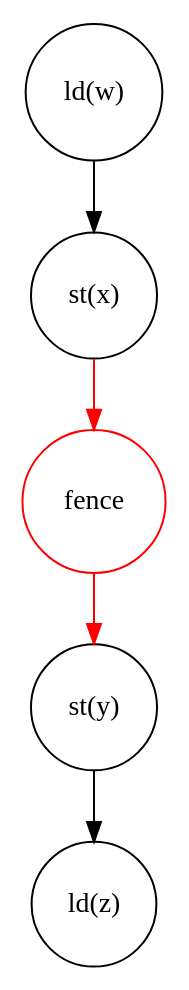
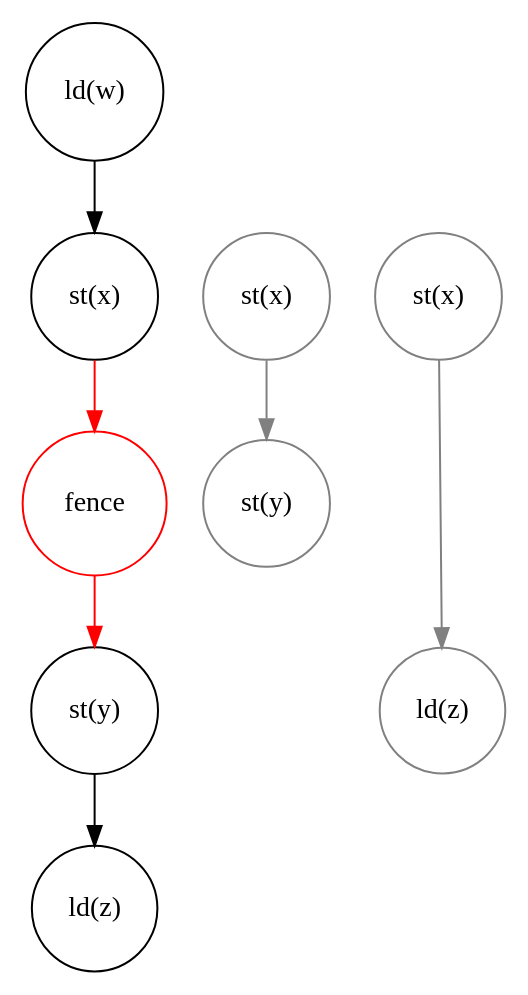
One commit to johnbender/oopsla-2015-presentation changed the seventh of 7 diagrams in presentation.org. Above: the diagram before and after it, drawn with Graphviz. The commit also changed other lines of this file and 4 other files, not shown here.

Commit message:
graph tweaks

```diff
--- a/presentation.org
+++ b/presentation.org
@@ -666,17 +685,36 @@
    #+BEGIN_SRC dot :file assets/images/full-graph-refine-apply.png :exports results
 digraph a {
  splines=line
  node [shape = circle];
  1 [label="ld(w)"]
  2 [label="st(x)"]
  3 [label="st(y)"]
  4 [label="ld(z)"]
  5 [label="fence" color="red"]
 
  1 -> 2
  3 -> 4
  2 -> 5 [color="red"]
  5 -> 3 [color="red"]
 
+ node[shape=circle]
+
+ 9 [label="st(x)", color="gray"]
+ 10 [label="st(y)", color="gray"]
+
+ 6 [label="st(x)", color="gray"]
+ 8 [label="ld(z)", color="gray"]
+
+ node[shape=point style=invis]
+ splines=line
+ n -> 6 [style=invis]
+ 6 -> o [style=invis]
+ o -> 8 [style=invis]
+ p -> 9 [style=invis]
+
+
+ 9 -> 10 [color="gray"]
+
+ 6 -> 8 [color="gray"]
 }
    #+END_SRC
```
